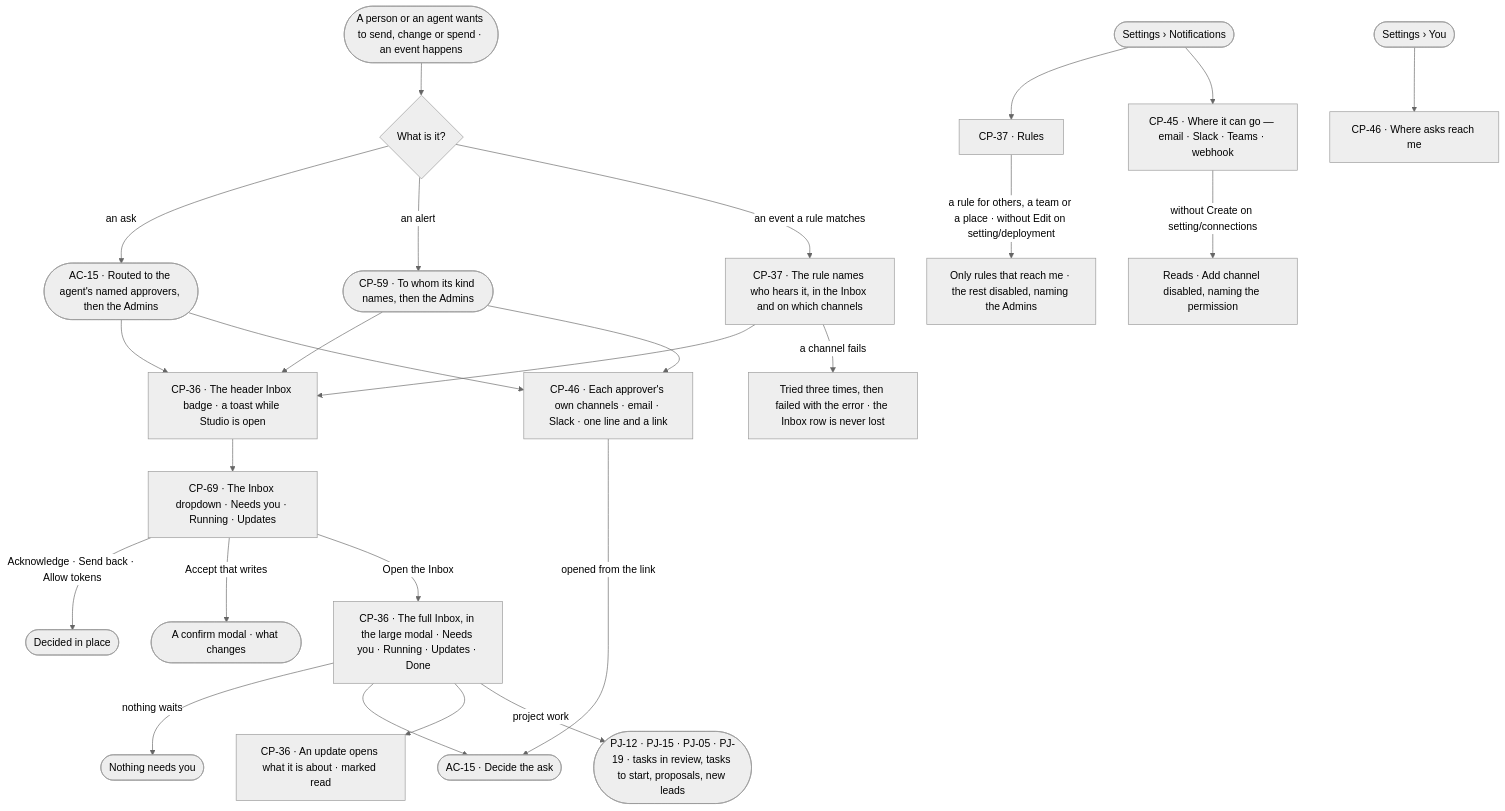
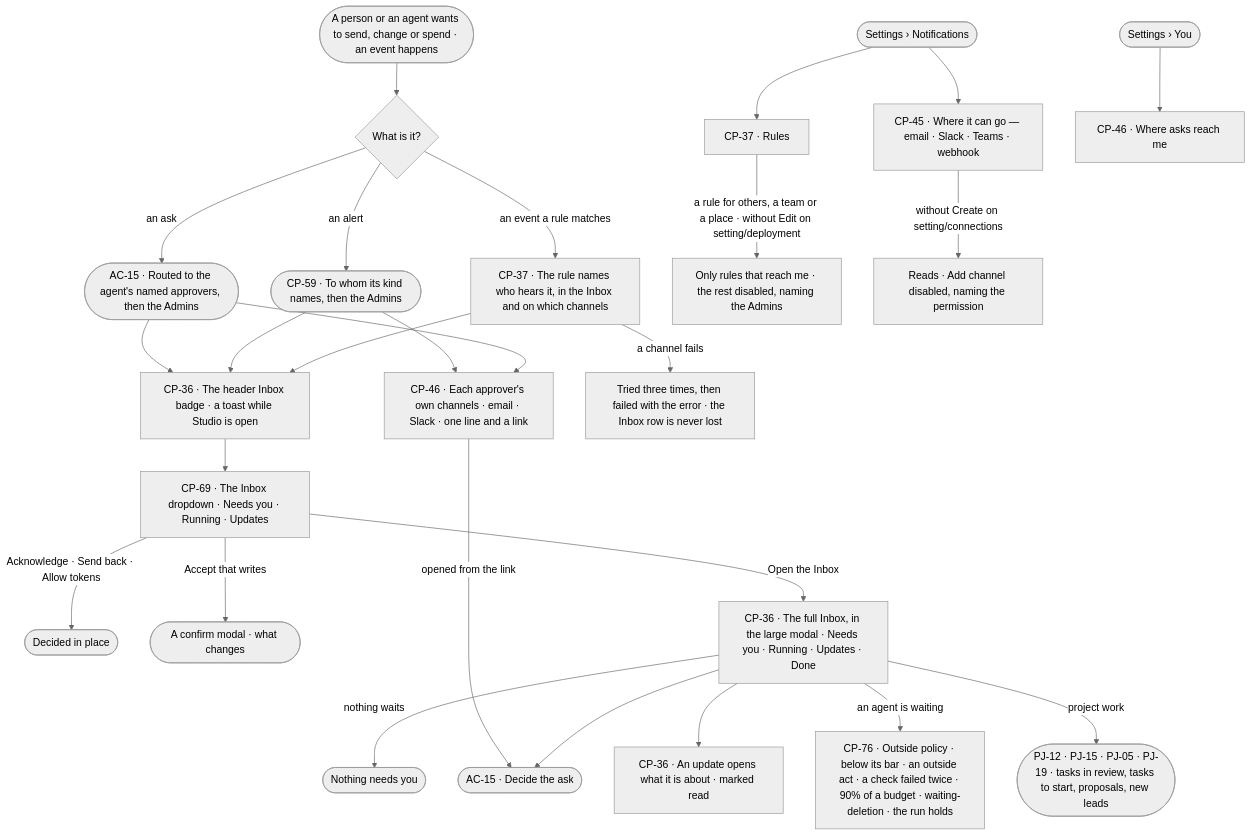
The diagram in specs/os/control/features/CP-F08-the-inbox/feature.md (invana/invana), drawn with Mermaid (neutral theme) before and after one commit. The commit also changed other lines of this file and 36 other files, not shown here.

First line of the commit message:
docs(specs): project graph, milestones, tags, issue trackers and Invana MCP

````diff
--- a/specs/os/control/features/CP-F08-the-inbox/feature.md
+++ b/specs/os/control/features/CP-F08-the-inbox/feature.md
@@ -26,27 +26,28 @@
 ```mermaid
 flowchart TD
   ev([A person or an agent wants to send, change or spend · an event happens]) --> kind{"What is it?"}
   kind -->|an ask| route(["AC-15 · Routed to the agent's named approvers, then the Admins"])
   route --> cnt["CP-36 · The header Inbox badge · a toast while Studio is open"]
   kind -->|an alert| oa(["CP-59 · To whom its kind names, then the Admins"])
   oa --> cnt
   oa --> mine
   kind -->|an event a rule matches| rule["CP-37 · The rule names who hears it, in the Inbox and on which channels"]
   rule --> cnt
   route --> mine["CP-46 · Each approver's own channels · email · Slack · one line and a link"]
   mine -->|opened from the link| ask
   rule -->|a channel fails| retry["Tried three times, then failed with the error · the Inbox row is never lost"]
   cnt --> dd["CP-69 · The Inbox dropdown · Needs you · Running · Updates"]
   dd -->|Acknowledge · Send back · Allow tokens| inplace(["Decided in place"])
   dd -->|Accept that writes| conf(["A confirm modal · what changes"])
   dd -->|Open the Inbox| inbox["CP-36 · The full Inbox, in the large modal · Needs you · Running · Updates · Done"]
   inbox -->|nothing waits| calm(["Nothing needs you"])
   inbox --> ask(["AC-15 · Decide the ask"])
   inbox --> upd["CP-36 · An update opens what it is about · marked read"]
+  inbox -->|an agent is waiting| aw["CP-76 · Outside policy · below its bar · an outside act · a check failed twice · 90% of a budget · waiting-deletion · the run holds"]
   inbox -->|project work| pj(["PJ-12 · PJ-15 · PJ-05 · PJ-19 · tasks in review, tasks to start, proposals, new leads"])
   set([Settings › Notifications]) --> r5["CP-37 · Rules"]
   r5 -->|a rule for others, a team or a place · without Edit on setting/deployment| r5ro["Only rules that reach me · the rest disabled, naming the Admins"]
   set --> chs["CP-45 · Where it can go — email · Slack · Teams · webhook"]
   chs -->|without Create on setting/connections| chro["Reads · Add channel disabled, naming the permission"]
   me([Settings › You]) --> pref["CP-46 · Where asks reach me"]
 ```
````
